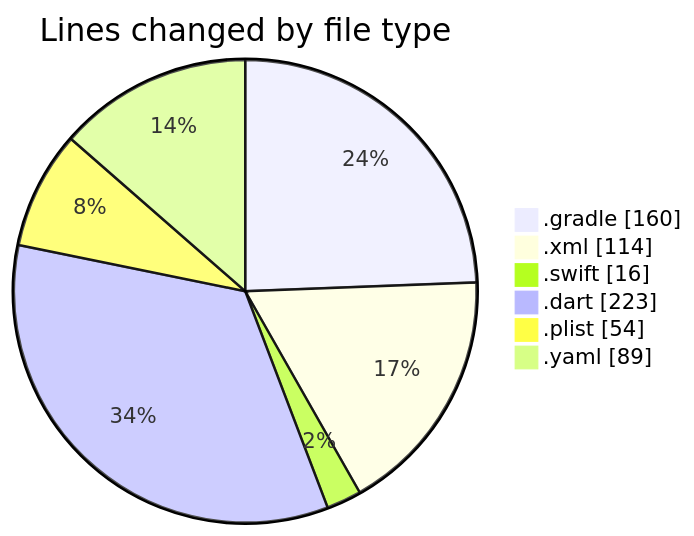
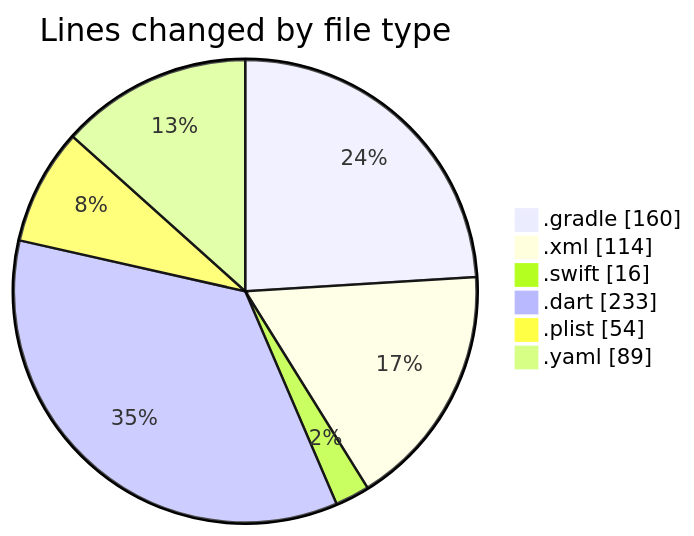
One commit to donsfak/code-tracking changed the first of 2 diagrams in 2025-01-01/uber_clone/README.md. Above: the diagram before and after it, drawn with Mermaid. The commit also changed other lines of this file and 1 other file, not shown here.

````diff
--- a/2025-01-01/uber_clone/README.md
+++ b/2025-01-01/uber_clone/README.md
@@ -28,10 +28,10 @@
 ```mermaid
 pie showData
 title Lines changed by file type
 ".gradle" : 160
 ".xml" : 114
 ".swift" : 16
-".dart" : 223
+".dart" : 233
 ".plist" : 54
 ".yaml" : 89
 ```
````
